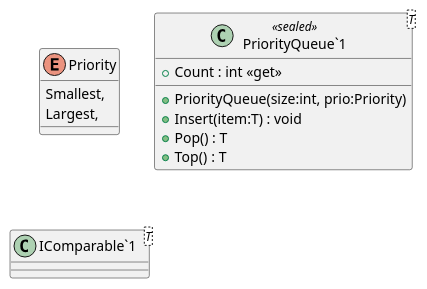
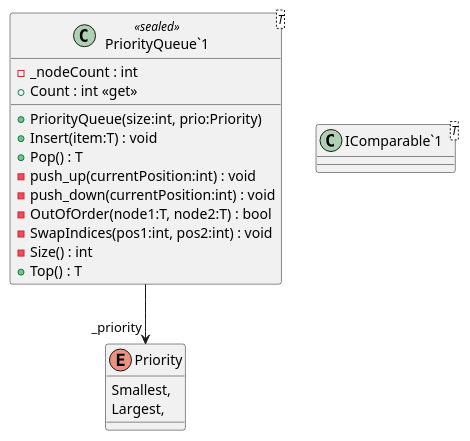
One commit to Liftyee/london-tube-navigator changed the diagram in TubeChallengeRouter/puml/PriorityQueue/PriorityQueue.puml. Above: the diagram before and after it, drawn with PlantUML. The commit also changed 36 other files, not shown here.

Commit message:
regenerate uml

```diff
--- a/TubeChallengeRouter/puml/PriorityQueue/PriorityQueue.puml
+++ b/TubeChallengeRouter/puml/PriorityQueue/PriorityQueue.puml
@@ -1,15 +1,22 @@
 @startuml
 enum Priority {
     Smallest,
     Largest,
 }
 class "PriorityQueue`1"<T> <<sealed>> {
+    - _nodeCount : int
     + Count : int <<get>>
     + PriorityQueue(size:int, prio:Priority)
     + Insert(item:T) : void
     + Pop() : T
+    - push_up(currentPosition:int) : void
+    - push_down(currentPosition:int) : void
+    - OutOfOrder(node1:T, node2:T) : bool
+    - SwapIndices(pos1:int, pos2:int) : void
+    - Size() : int
     + Top() : T
 }
 class "IComparable`1"<T> {
 }
+"PriorityQueue`1" --> "_priority" Priority
 @enduml
```
